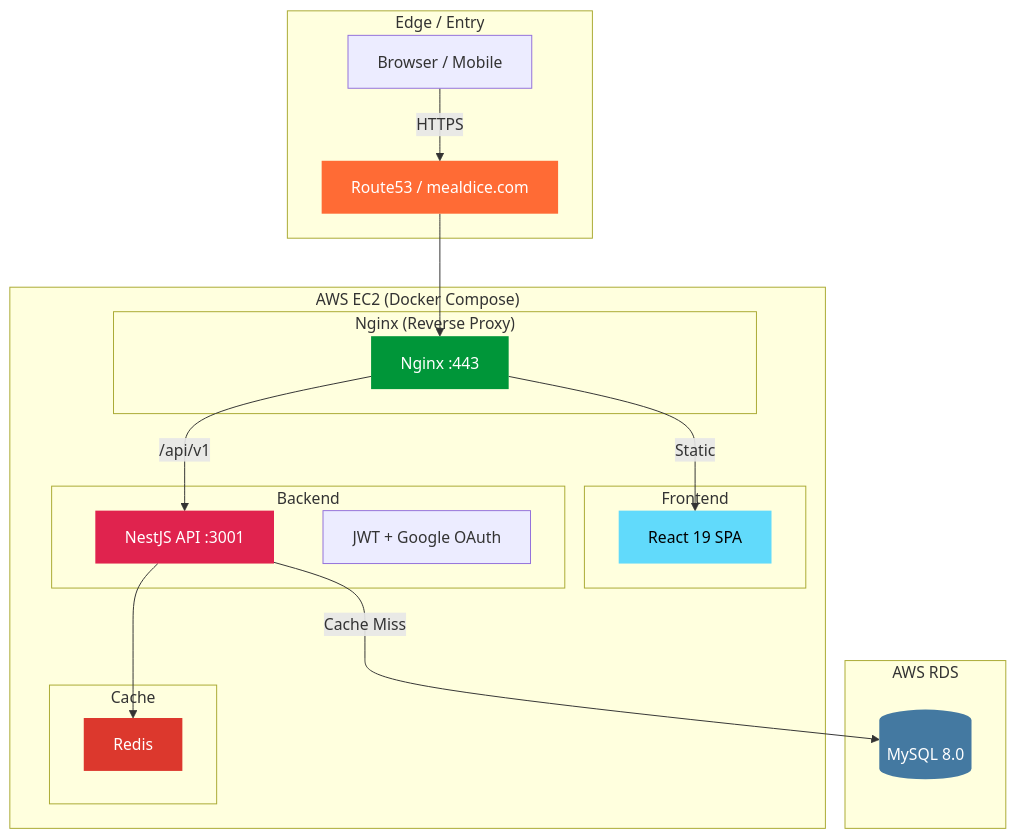
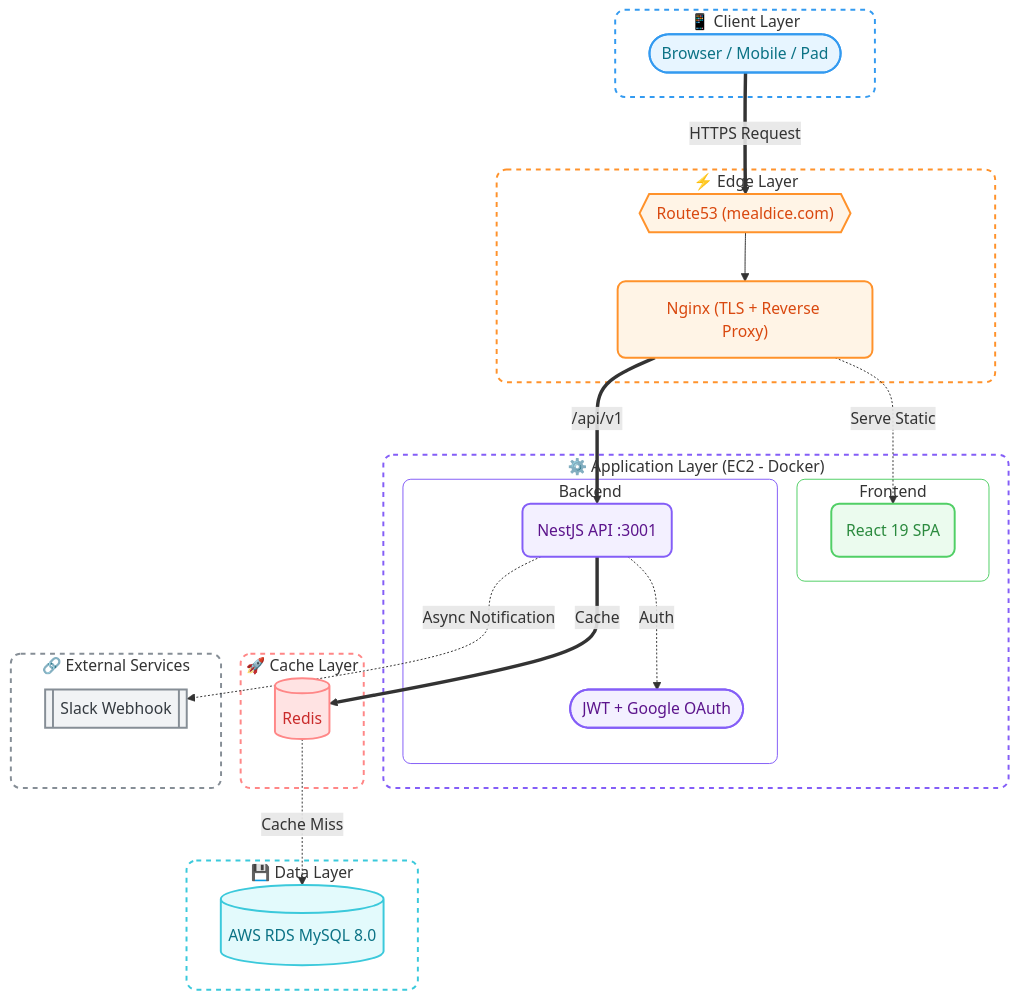
Before and after one commit to 986913/WHATTOEAT: the first of 5 diagrams in readme.md, drawn with Mermaid. The commit also changed other lines of this file and 12 other files, not shown here.

````diff
--- a/readme.md
+++ b/readme.md
@@ -29,46 +29,81 @@
 ```mermaid
-graph TB
-    subgraph Edge["Edge / Entry"]
-        Browser["Browser / Mobile"]
-        DNS["Route53 / mealdice.com"]
+flowchart TB
+    %% --- 🎨 核心主题与样式定义 (ClassDefs) ---
+    classDef default fill:#f8f9fa,stroke:#ced4da,stroke-width:1px,color:#212529;
+    classDef clientLayer fill:#e7f5ff,stroke:#339af0,stroke-width:2px,color:#0b7285,rx:8px,ry:8px;
+    classDef edgeLayer fill:#fff4e6,stroke:#ff922b,stroke-width:2px,color:#d9480f,rx:8px,ry:8px;
+    classDef appFrontend fill:#ebfbee,stroke:#51cf66,stroke-width:2px,color:#2b8a3e,rx:8px,ry:8px;
+    classDef appBackend fill:#f3f0ff,stroke:#845ef7,stroke-width:2px,color:#5c148c,rx:8px,ry:8px;
+    classDef cacheLayer fill:#ffe3e3,stroke:#ff8787,stroke-width:2px,color:#c92a2a,rx:8px,ry:8px;
+    classDef dbLayer fill:#e3fafc,stroke:#3bc9db,stroke-width:2px,color:#0b7285;
+    classDef externalLayer fill:#f1f3f5,stroke:#868e96,stroke-width:2px,color:#343a40,rx:8px,ry:8px;
+
+    %% --- 🔳 容器外框虚线优化 ---
+    style Client fill:none,stroke:#339af0,stroke-width:2px,stroke-dasharray: 5 5,rx:10
+    style Edge fill:none,stroke:#ff922b,stroke-width:2px,stroke-dasharray: 5 5,rx:10
+    style App fill:none,stroke:#845ef7,stroke-width:2px,stroke-dasharray: 5 5,rx:10
+    style FE fill:none,stroke:#51cf66,stroke-width:1px,rx:8
+    style BE fill:none,stroke:#845ef7,stroke-width:1px,rx:8
+    style Cache fill:none,stroke:#ff8787,stroke-width:2px,stroke-dasharray: 5 5,rx:10
+    style Data fill:none,stroke:#3bc9db,stroke-width:2px,stroke-dasharray: 5 5,rx:10
+    style External fill:none,stroke:#868e96,stroke-width:2px,stroke-dasharray: 5 5,rx:10
+
+    %% ========== CLIENT ==========
+    subgraph Client ["📱 Client Layer"]
+        Browser(["Browser / Mobile / Pad"]):::clientLayer
     end
 
-    subgraph EC2["AWS EC2 (Docker Compose)"]
-        subgraph NginxLayer["Nginx (Reverse Proxy)"]
-            Nginx["Nginx :443"]
+    %% ========== EDGE ==========
+    subgraph Edge ["⚡ Edge Layer"]
+        DNS{{"Route53 (mealdice.com)"}}:::edgeLayer
+        Nginx["Nginx (TLS + Reverse Proxy)"]:::edgeLayer
+    end
+
+    %% ========== APPLICATION ==========
+    subgraph App ["⚙️ Application Layer (EC2 - Docker)"]
+        subgraph FE ["Frontend"]
+            React("React 19 SPA"):::appFrontend
         end
 
-        subgraph FE["Frontend"]
-            React["React 19 SPA"]
-        end
-
-        subgraph BE["Backend"]
-            NestJS["NestJS API :3001"]
-            Auth["JWT + Google OAuth"]
-        end
-
-        subgraph Cache["Cache"]
-            Redis["Redis"]
+        subgraph BE ["Backend"]
+            NestJS("NestJS API :3001"):::appBackend
+            Auth(["JWT + Google OAuth"]):::appBackend
         end
     end
 
-    subgraph RDS["AWS RDS"]
-        MySQL[("MySQL 8.0")]
+    %% ========== CACHE ==========
+    subgraph Cache ["🚀 Cache Layer"]
+        Redis[("Redis")]:::cacheLayer
     end
 
-    Browser -->|"HTTPS"| DNS
+    %% ========== DATA ==========
+    subgraph Data ["💾 Data Layer"]
+        MySQL[("AWS RDS MySQL 8.0")]:::dbLayer
+    end
+
+    %% ========== EXTERNAL ==========
+    subgraph External ["🔗 External Services"]
+        Slack[["Slack Webhook"]]:::externalLayer
+    end
+
+    %% ========== FLOW (保持原有逻辑) ==========
+
+    %% 主干流量（加粗线）
+    Browser == "HTTPS Request" ==> DNS
     DNS --> Nginx
 
-    Nginx -->|"Static"| React
-    Nginx -->|"/api/v1"| NestJS
+    %% 静态资源与API分流（区分线型）
+    Nginx -. "Serve Static" .-> React
+    Nginx == "/api/v1" ==> NestJS
 
-    NestJS --> Redis
-    NestJS -->|"Cache Miss"| MySQL
+    %% 内部服务调用
+    NestJS -. "Auth" .-> Auth
 
-    style DNS fill:#FF6B35,color:#fff,stroke:none
-    style Nginx fill:#009639,color:#fff,stroke:none
-    style NestJS fill:#E0234E,color:#fff,stroke:none
-    style MySQL fill:#4479A1,color:#fff,stroke:none
-    style React fill:#61DAFB,color:#000,stroke:none
-    style Redis fill:#DC382D,color:#fff,stroke:none
+    %% 垂直数据链路
+    NestJS == "Cache" ==> Redis
+    Redis -. "Cache Miss" .-> MySQL
+
+    %% 外部异步调用
+    NestJS -. "Async Notification" .-> Slack
+
 ```
````
